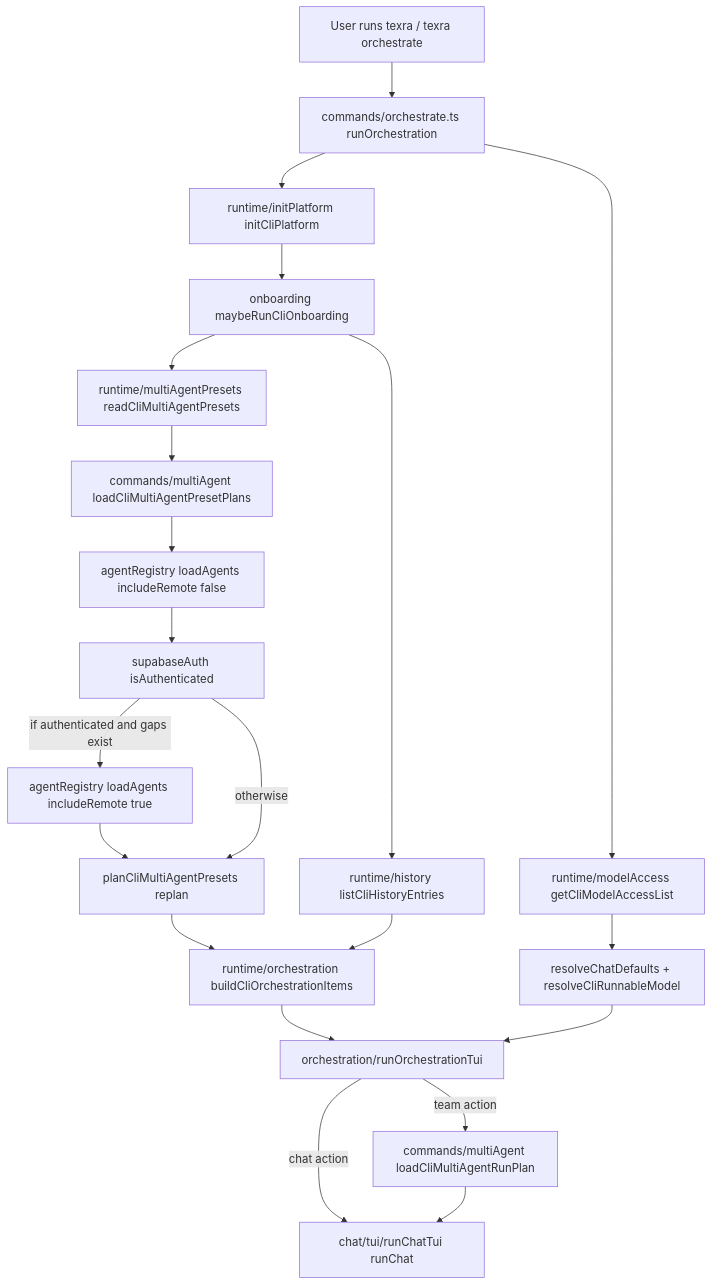
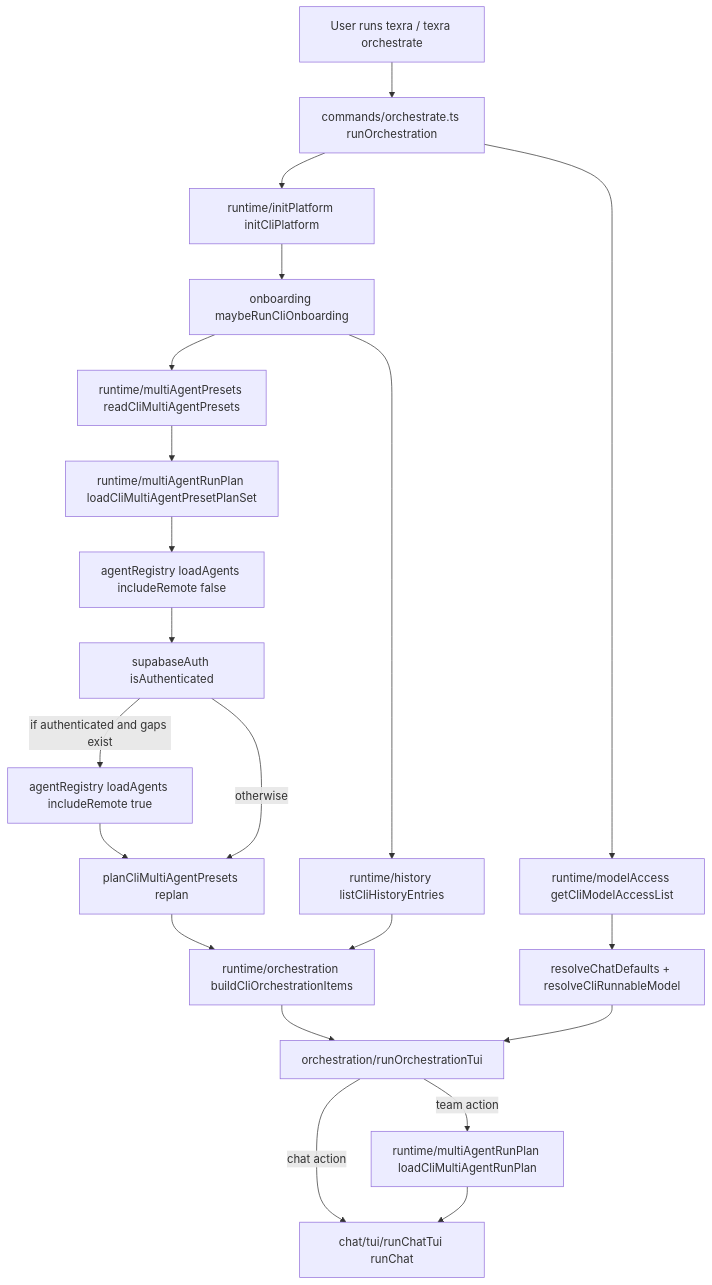
Before and after one commit to LionSR/TeXRA: the first of 5 diagrams in docs/architecture/cli-runtime-round-trips.md, drawn with Mermaid. The commit also changed other lines of this file and 7 other files, not shown here.

Commit message:
refactor: move CLI launch behavior into runtime

````diff
--- a/docs/architecture/cli-runtime-round-trips.md
+++ b/docs/architecture/cli-runtime-round-trips.md
@@ -9,41 +9,41 @@
 ```mermaid
 flowchart TD
   user[User runs texra / texra orchestrate]
   orch[commands/orchestrate.ts runOrchestration]
   platform[runtime/initPlatform initCliPlatform]
   onboarding[onboarding maybeRunCliOnboarding]
   history[runtime/history listCliHistoryEntries]
   presets[runtime/multiAgentPresets readCliMultiAgentPresets]
-  plans[commands/multiAgent loadCliMultiAgentPresetPlans]
+  plans[runtime/multiAgentRunPlan loadCliMultiAgentPresetPlanSet]
   agentsLocal[agentRegistry loadAgents includeRemote false]
   auth[supabaseAuth isAuthenticated]
   agentsRemote[agentRegistry loadAgents includeRemote true]
   replan[planCliMultiAgentPresets replan]
   items[runtime/orchestration buildCliOrchestrationItems]
   modelList[runtime/modelAccess getCliModelAccessList]
   defaultModel[resolveChatDefaults + resolveCliRunnableModel]
   picker[orchestration/runOrchestrationTui]
   chat[chat/tui/runChatTui runChat]
-  presetRun[commands/multiAgent loadCliMultiAgentRunPlan]
+  presetRun[runtime/multiAgentRunPlan loadCliMultiAgentRunPlan]
 
   user --> orch
   orch --> platform
   platform --> onboarding
   onboarding --> history
   onboarding --> presets
   presets --> plans
   plans --> agentsLocal
   agentsLocal --> auth
   auth -->|if authenticated and gaps exist| agentsRemote
   agentsRemote --> replan
   auth -->|otherwise| replan
   replan --> items
   history --> items
   orch --> modelList
   modelList --> defaultModel
   items --> picker
   defaultModel --> picker
   picker -->|chat action| chat
   picker -->|team action| presetRun
   presetRun --> chat
 ```
````
